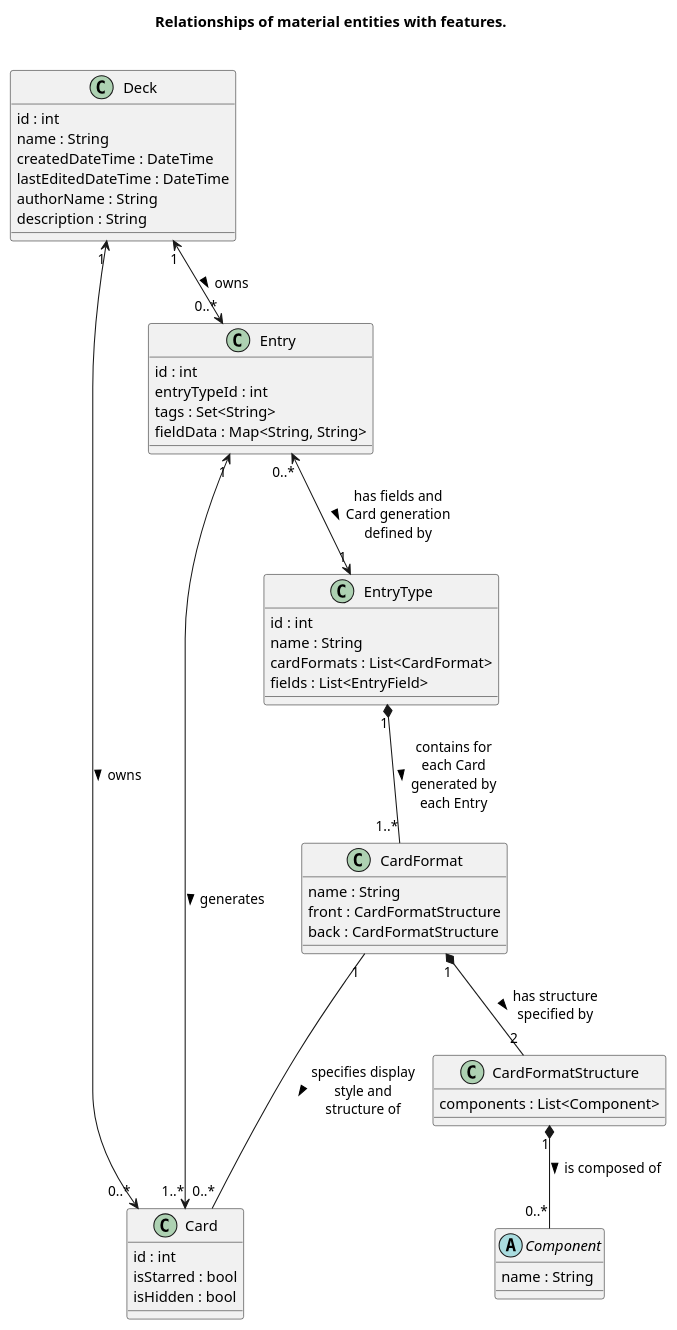
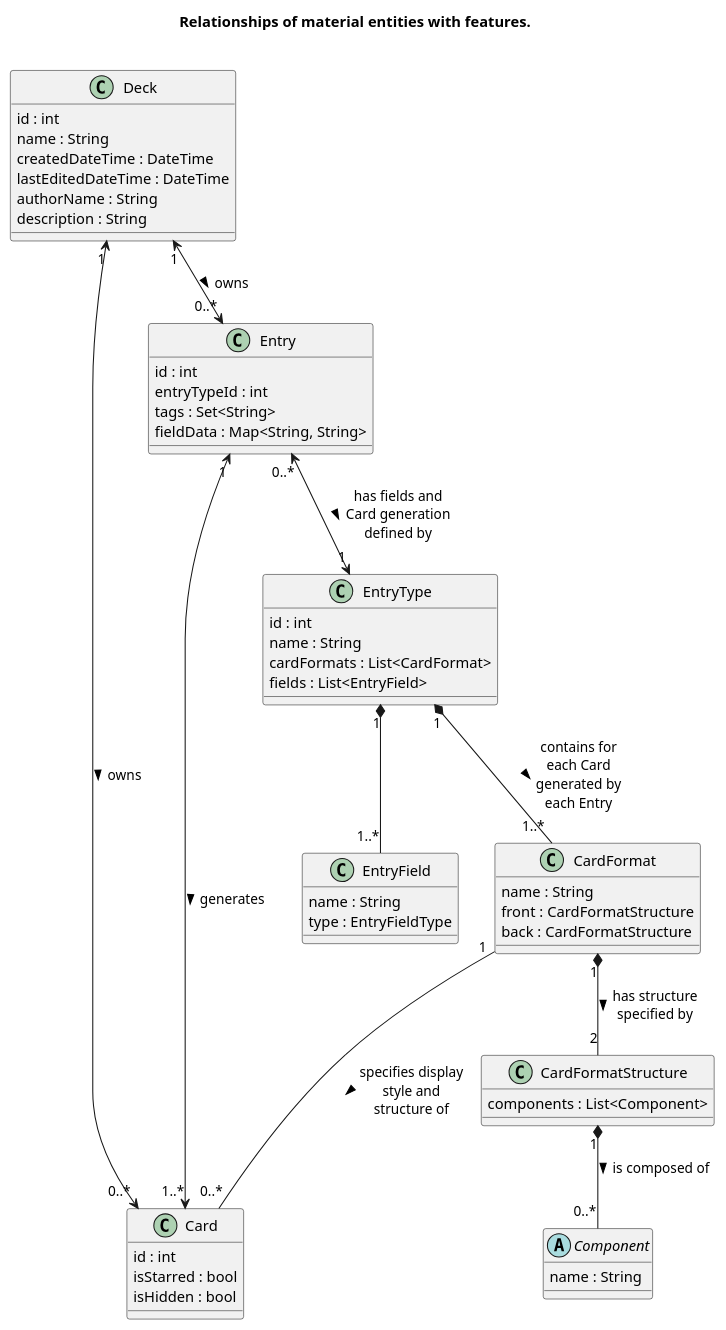
Before and after one commit to cervonwong/sona-flutter: the diagram in puml/material_entities.puml, drawn with PlantUML.

Commit message:
Docs(puml): Add EntryField to material_entities.puml

```diff
--- a/puml/material_entities.puml
+++ b/puml/material_entities.puml
@@ -1,57 +1,61 @@
 @startuml
 
 skinparam maxMessageSize 100
 skinparam shadowing false
 
 title Relationships of material entities with features.\n
 
 class Card {
 	id : int
 	isStarred : bool
 	isHidden : bool
 }
 class Entry {
 	id : int
 	entryTypeId : int
 	tags : Set<String>
 	fieldData : Map<String, String>
 }
 class Deck {
 	id : int
 	name : String
 	createdDateTime : DateTime
 	lastEditedDateTime : DateTime
 	authorName : String
 	description : String
 }
 
 Deck "1" <--> "0..*" Entry : owns >
 Entry "1" <--> "1..*" Card : generates >
 Deck "1" <--> "0..*" Card : owns >
 
 class EntryType {
 	id : int
 	name : String
 	cardFormats : List<CardFormat>
 	fields : List<EntryField>
 }
+class EntryField {
+	name : String
+	type : EntryFieldType
+}
 class CardFormat {
 	name : String
 	front : CardFormatStructure
 	back : CardFormatStructure
 }
 class CardFormatStructure {
 	components : List<Component>
 }
 abstract class Component {
 	name : String
 }
 
 Entry "0..*" <--> "1" EntryType : has fields and Card generation defined by >
 EntryType "1" *-- "1..*" CardFormat : contains for each Card generated by each Entry >
 CardFormat "1" --- "0..*" Card : specifies display style and structure of >
-
+EntryType "1" *-- "1..*" EntryField
 CardFormat "1" *-- "2" CardFormatStructure : has structure specified by >
 CardFormatStructure "1" *-- "0..*" Component : is composed of >
 
 @enduml
```
